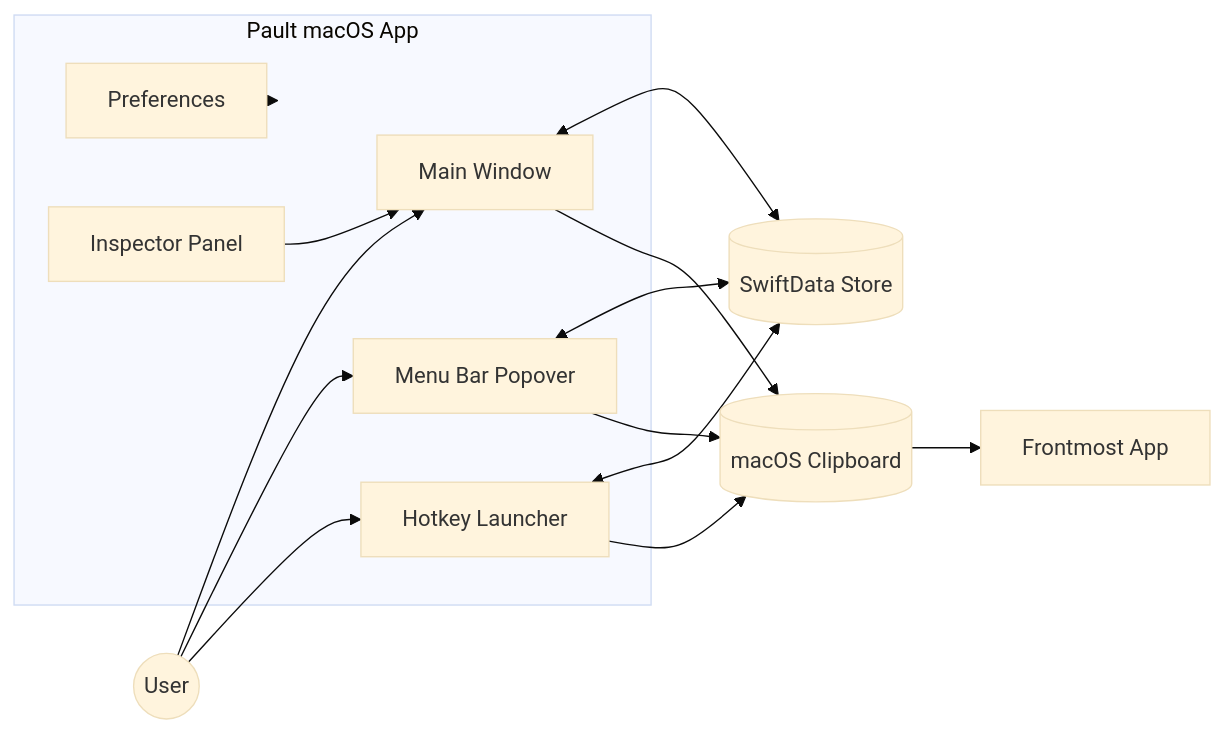
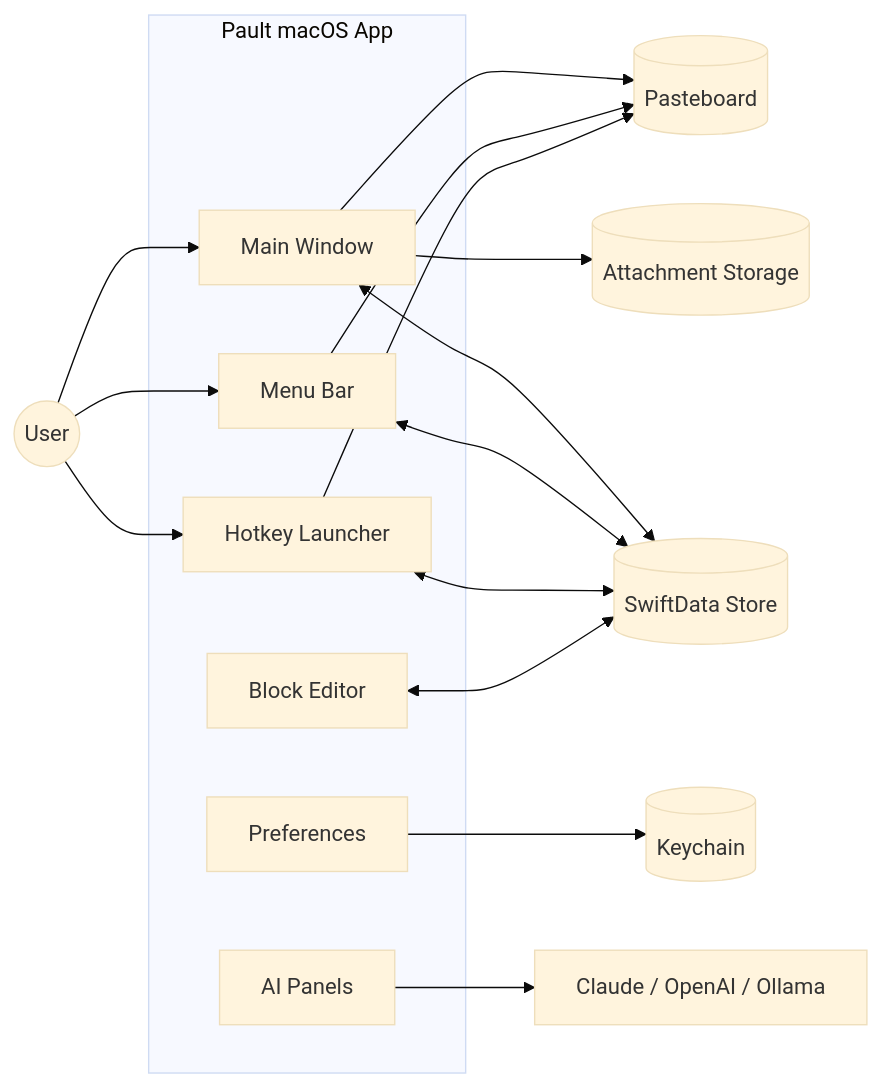
The diagram in docs/ARCHITECTURE.md (JonathanDumitru/Pault), drawn with Mermaid (base theme) before and after one commit. The commit also changed other lines of this file and 46 other files, not shown here.

````diff
--- a/docs/ARCHITECTURE.md
+++ b/docs/ARCHITECTURE.md
@@ -45,32 +52,36 @@
 ```mermaid
 flowchart LR
     User((User))
 
-    subgraph PaultApp["Pault macOS App"]
+    subgraph App["Pault macOS App"]
         Main["Main Window"]
-        Menu["Menu Bar Popover"]
-        Hotkey["Hotkey Launcher"]
+        Menu["Menu Bar"]
+        Launch["Hotkey Launcher"]
         Prefs["Preferences"]
-        Inspector["Inspector Panel"]
+        Blocks["Block Editor"]
+        AI["AI Panels"]
     end
 
     Store[("SwiftData Store")]
-    Clipboard[("macOS Clipboard")]
-    FrontApp["Frontmost App"]
+    Keychain[("Keychain")]
+    Clipboard[("Pasteboard")]
+    Files[("Attachment Storage")]
+    Providers["Claude / OpenAI / Ollama"]
 
     User --> Main
     User --> Menu
-    User --> Hotkey
+    User --> Launch
 
     Main <--> Store
     Menu <--> Store
-    Hotkey <--> Store
+    Launch <--> Store
+    Blocks <--> Store
 
     Main --> Clipboard
     Menu --> Clipboard
-    Hotkey --> Clipboard
+    Launch --> Clipboard
 
-    Clipboard --> FrontApp
-    Prefs --> PaultApp
-    Inspector --> Main
+    Main --> Files
+    Prefs --> Keychain
+    AI --> Providers
 ```
````
